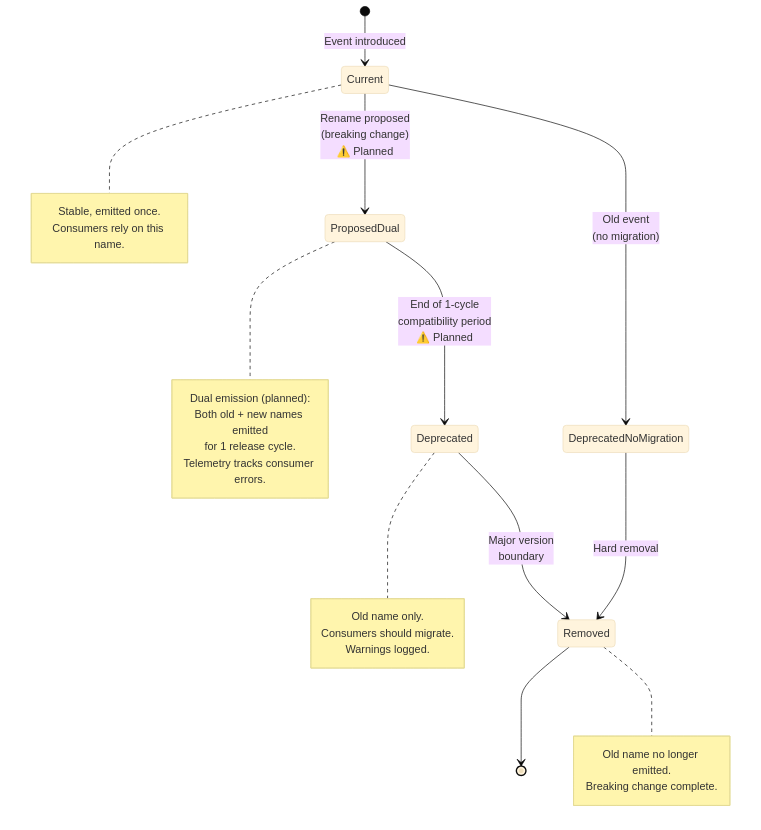
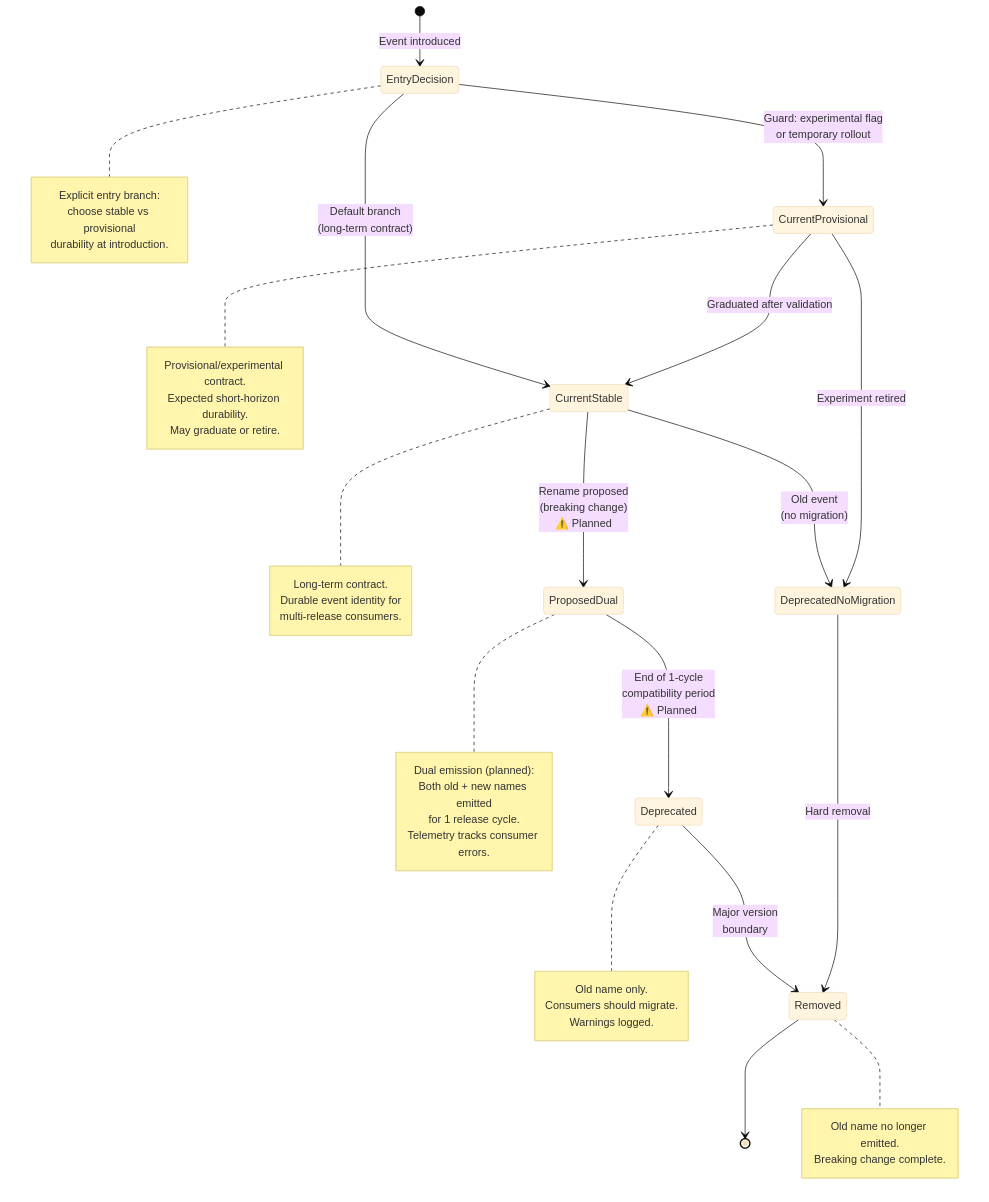
Before and after one commit to CyanAutomation/judokon: the second of 4 diagrams in design/productRequirementsDocuments/prdEventContracts.md, drawn with Mermaid (base theme). The commit also changed other lines of this file, not shown here.

Commit message:
docs: clarify event contract durability states (#5688)

````diff
--- a/design/productRequirementsDocuments/prdEventContracts.md
+++ b/design/productRequirementsDocuments/prdEventContracts.md
@@ -170,33 +175,50 @@
 ```mermaid
 stateDiagram-v2
-    [*] --> Current: Event introduced
-    Current --> ProposedDual: Rename proposed<br/>(breaking change)<br/>⚠️ Planned
+    [*] --> EntryDecision: Event introduced
+    EntryDecision --> CurrentStable: Default branch<br/>(long-term contract)
+    EntryDecision --> CurrentProvisional: Guard: experimental flag<br/>or temporary rollout
+    CurrentStable --> ProposedDual: Rename proposed<br/>(breaking change)<br/>⚠️ Planned
     ProposedDual --> Deprecated: End of 1-cycle<br/>compatibility period<br/>⚠️ Planned
     Deprecated --> Removed: Major version<br/>boundary
-    Current --> DeprecatedNoMigration: Old event<br/>(no migration)
+    CurrentStable --> DeprecatedNoMigration: Old event<br/>(no migration)
+    CurrentProvisional --> CurrentStable: Graduated after validation
+    CurrentProvisional --> DeprecatedNoMigration: Experiment retired
     DeprecatedNoMigration --> Removed: Hard removal
     Removed --> [*]
 
-    note right of Current
-        Stable, emitted once.
-        Consumers rely on this name.
+    note right of EntryDecision
+        Explicit entry branch:
+        choose stable vs provisional
+        durability at introduction.
+    end note
+
+    note right of CurrentStable
+        Long-term contract.
+        Durable event identity for
+        multi-release consumers.
+    end note
+
+    note right of CurrentProvisional
+        Provisional/experimental contract.
+        Expected short-horizon durability.
+        May graduate or retire.
     end note
 
     note right of ProposedDual
         Dual emission (planned):
         Both old + new names emitted
         for 1 release cycle.
         Telemetry tracks consumer errors.
     end note
 
     note right of Deprecated
         Old name only.
         Consumers should migrate.
         Warnings logged.
     end note
 
     note right of Removed
         Old name no longer emitted.
         Breaking change complete.
     end note
 ```
````
